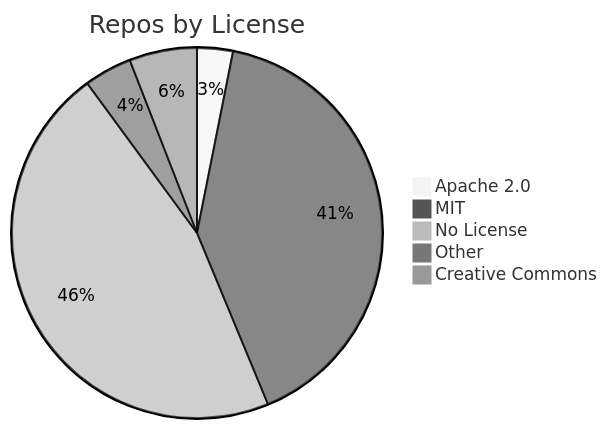
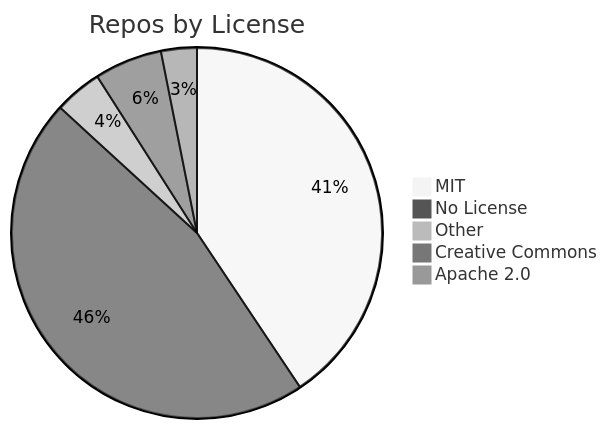
The diagram in README.md (jpatterson933/awesome-mcp-server-repo-index), drawn with Mermaid (neutral theme) before and after one commit. The commit also changed other lines of this file and 3 other files, not shown here.

````diff
--- a/README.md
+++ b/README.md
@@ -29,8 +29,8 @@
 ```mermaid
 pie title Repos by License
-    "Apache 2.0" : 9
     "MIT" : 117
     "No License" : 133
     "Other" : 12
     "Creative Commons" : 17
+    "Apache 2.0" : 9
 ```
````
